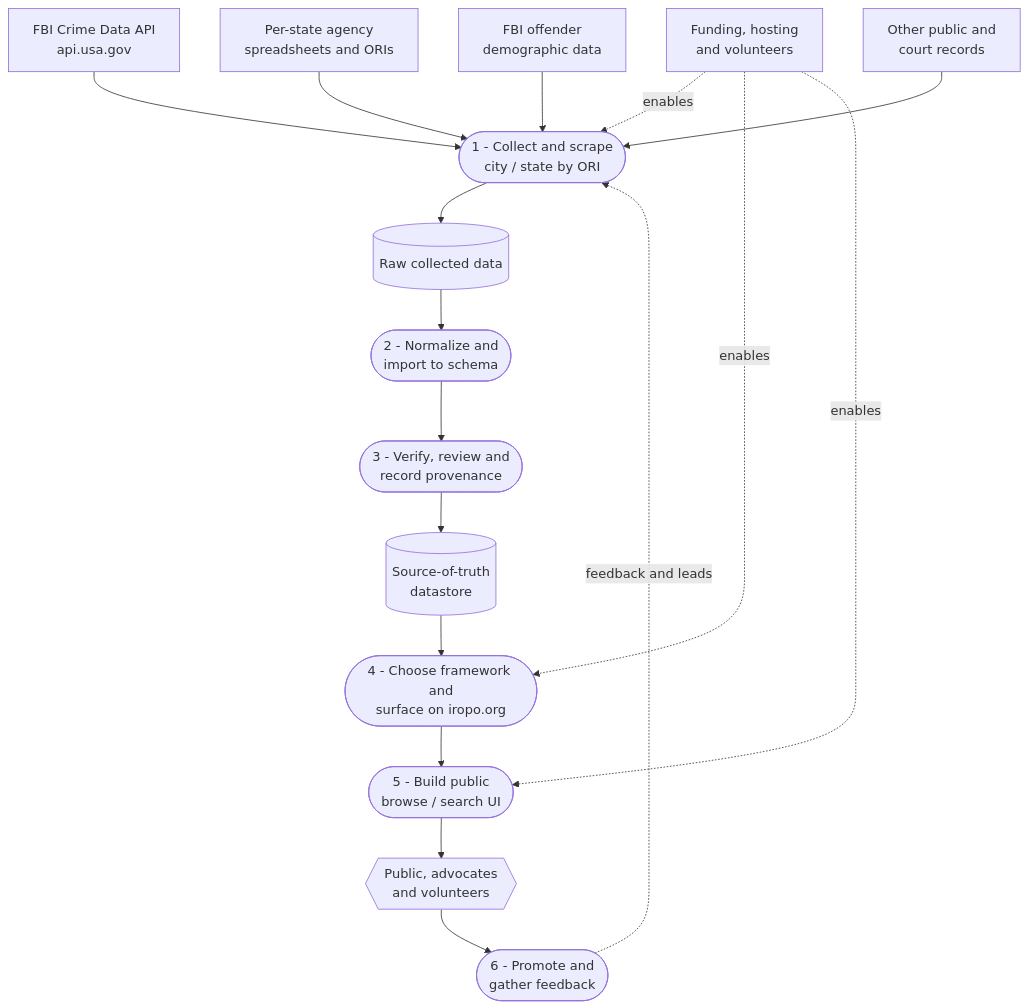
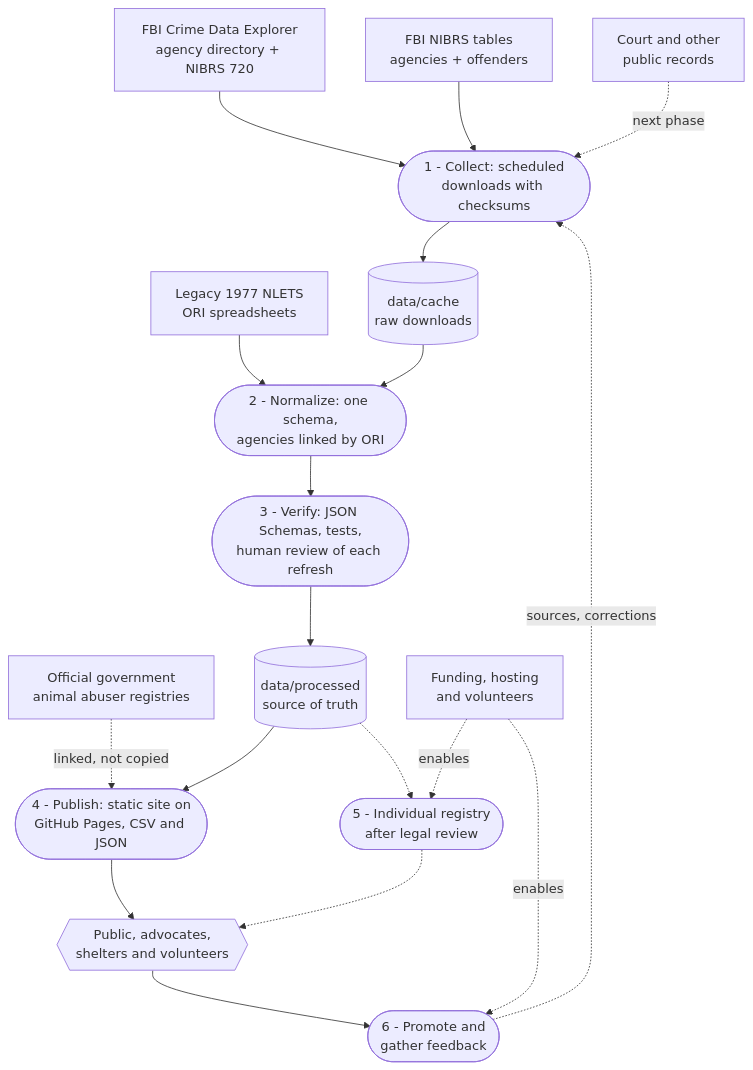
The diagram in README.md (the-robots/iropo.org), drawn with Mermaid before and after one commit. The commit also changed other lines of this file and 15 other files, not shown here.

````diff
--- a/README.md
+++ b/README.md
@@ -77,45 +121,47 @@
 ```mermaid
 flowchart TD
     %% External data sources
-    FBI[FBI Crime Data API<br/>api.usa.gov]
-    AG[Per-state agency<br/>spreadsheets and ORIs]
-    OFF[FBI offender<br/>demographic data]
-    PUB[Other public and<br/>court records]
+    FBI[FBI Crime Data Explorer<br/>agency directory + NIBRS 720]
+    TAB[FBI NIBRS tables<br/>agencies + offenders]
+    REG[Official government<br/>animal abuser registries]
+    PUB[Court and other<br/>public records]
+    LEG[Legacy 1977 NLETS<br/>ORI spreadsheets]
 
     %% Enabling resources
     FUND[Funding, hosting<br/>and volunteers]
 
     %% Processes / growth steps
-    P1([1 - Collect and scrape<br/>city / state by ORI])
-    P2([2 - Normalize and<br/>import to schema])
-    P3([3 - Verify, review and<br/>record provenance])
-    P4([4 - Choose framework and<br/>surface on iropo.org])
-    P5([5 - Build public<br/>browse / search UI])
+    P1([1 - Collect: scheduled<br/>downloads with checksums])
+    P2([2 - Normalize: one schema,<br/>agencies linked by ORI])
+    P3([3 - Verify: JSON Schemas, tests,<br/>human review of each refresh])
+    P4([4 - Publish: static site on<br/>GitHub Pages, CSV and JSON])
+    P5([5 - Individual registry<br/>after legal review])
     P6([6 - Promote and<br/>gather feedback])
 
     %% Data stores
-    RAW[(Raw collected data)]
-    SOT[(Source-of-truth<br/>datastore)]
+    RAW[(data/cache<br/>raw downloads)]
+    SOT[(data/processed<br/>source of truth)]
 
     %% End users
-    USERS{{Public, advocates<br/>and volunteers}}
+    USERS{{Public, advocates,<br/>shelters and volunteers}}
 
     FBI --> P1
-    AG --> P1
-    OFF --> P1
-    PUB --> P1
+    TAB --> P1
+    LEG --> P2
+    REG -.->|linked, not copied| P4
+    PUB -.->|next phase| P1
 
     P1 --> RAW
     RAW --> P2
     P2 --> P3
     P3 --> SOT
     SOT --> P4
-    P4 --> P5
-    P5 --> USERS
+    P4 --> USERS
+    SOT -.-> P5
+    P5 -.-> USERS
     USERS --> P6
-    P6 -.->|feedback and leads| P1
+    P6 -.->|sources, corrections| P1
 
-    FUND -.->|enables| P1
-    FUND -.->|enables| P4
     FUND -.->|enables| P5
+    FUND -.->|enables| P6
 ```
````
